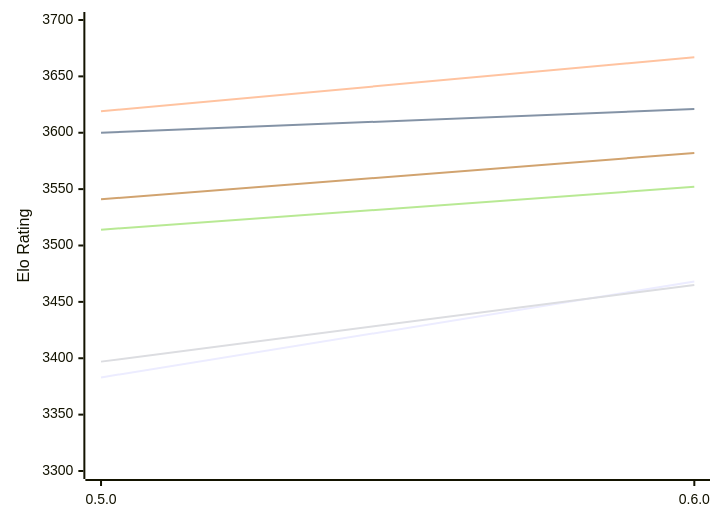
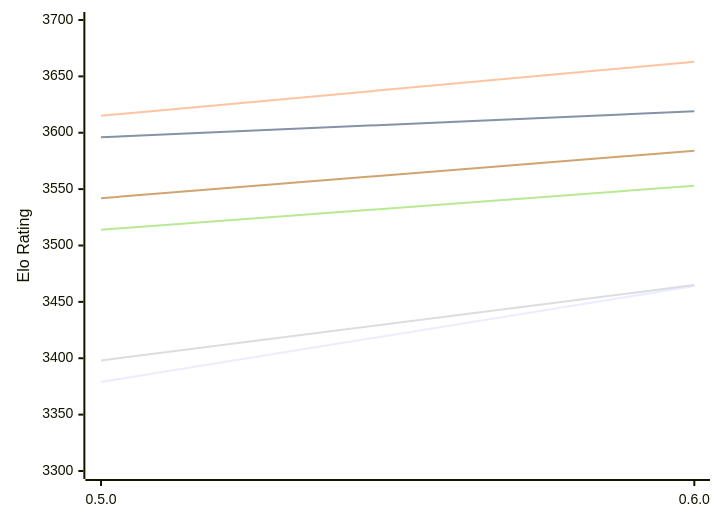
The diagram in engines/Incipit.md (computer-chess-index/cci), drawn with Mermaid before and after one commit. The commit also changed other lines of this file, not shown here.

Commit message:
Update CCI Ratings (ELO VLTC) - 2026-11-21

````diff
--- a/engines/Incipit.md
+++ b/engines/Incipit.md
@@ -49,12 +49,12 @@
 ```mermaid
 %%{init: {"theme":"base","themeVariables":{"seriesColors:['#a3a3a3','#222221','#faa371']}}}%%
 xychart-beta
   x-axis ["0.5.0", "0.6.0"]
   y-axis "Elo Rating" 3300 --> 3700
-  line "E1: STC (8.0+0.08s)" [3383, 3468]
-  line "E1: LTC (60.0+0.60s)" [3600, 3621]
-  line "E1: VLTC (2m24s+1.12s)" [3619, 3667]
-  line "P1: STC (8.0+0.08s)" [3397, 3465]
-  line "P1: LTC (60.0+0.60s)" [3514, 3552]
-  line "P1: VLTC (2m24s+1.12s)" [3541, 3582]
+  line "E1: STC (8.0+0.08s)" [3379, 3464]
+  line "E1: LTC (60.0+0.60s)" [3596, 3619]
+  line "E1: VLTC (2m24s+1.12s)" [3615, 3663]
+  line "P1: STC (8.0+0.08s)" [3398, 3465]
+  line "P1: LTC (60.0+0.60s)" [3514, 3553]
+  line "P1: VLTC (2m24s+1.12s)" [3542, 3584]
 ```
````
